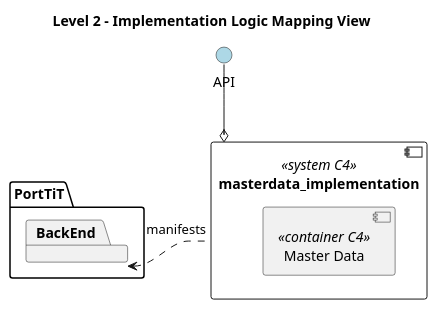
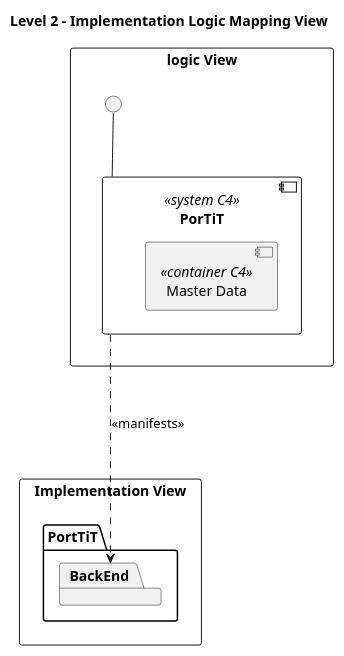
Before and after one commit to BernasDzn/portit: the diagram in docs/sprint_1/global_artifacts/arquitecture/level_2/mapping_view/l2_implementation_logic_mapping_view.puml, drawn with PlantUML. The commit also changed 5 other files, not shown here.

```diff
--- a/docs/sprint_1/global_artifacts/arquitecture/level_2/mapping_view/l2_implementation_logic_mapping_view.puml
+++ b/docs/sprint_1/global_artifacts/arquitecture/level_2/mapping_view/l2_implementation_logic_mapping_view.puml
@@ -1,25 +1,28 @@
 @startuml mapping_view_n2
 skinparam Linetype polyline
 
 title Level 2 - Implementation Logic Mapping View
 
-package "PortTiT" {
+rectangle "Implementation View" {
+	package "PortTiT" {
 
-	package BackEnd {
-		
+		package BackEnd {
+			
+		}
 	}
 }
 
-circle "API" as api #LightBlue
+rectangle "logic View"{
+	circle " " as api
 
-api --o masterdata_implementation 
+	component "PorTiT" as masterdata_logic <<system C4>> {
+		
+		[Master Data] as backend <<container C4>>
+	}
 
-
-component "PorTiT" as masterdata_implementation <<system C4>> {
-	
-	[Master Data] as backend <<container C4>>
+	api -- masterdata_logic
 }
 
-masterdata_implementation .l.> BackEnd : manifests
+masterdata_logic ...> BackEnd : "<<manifests>>"
 
 @enduml
```
